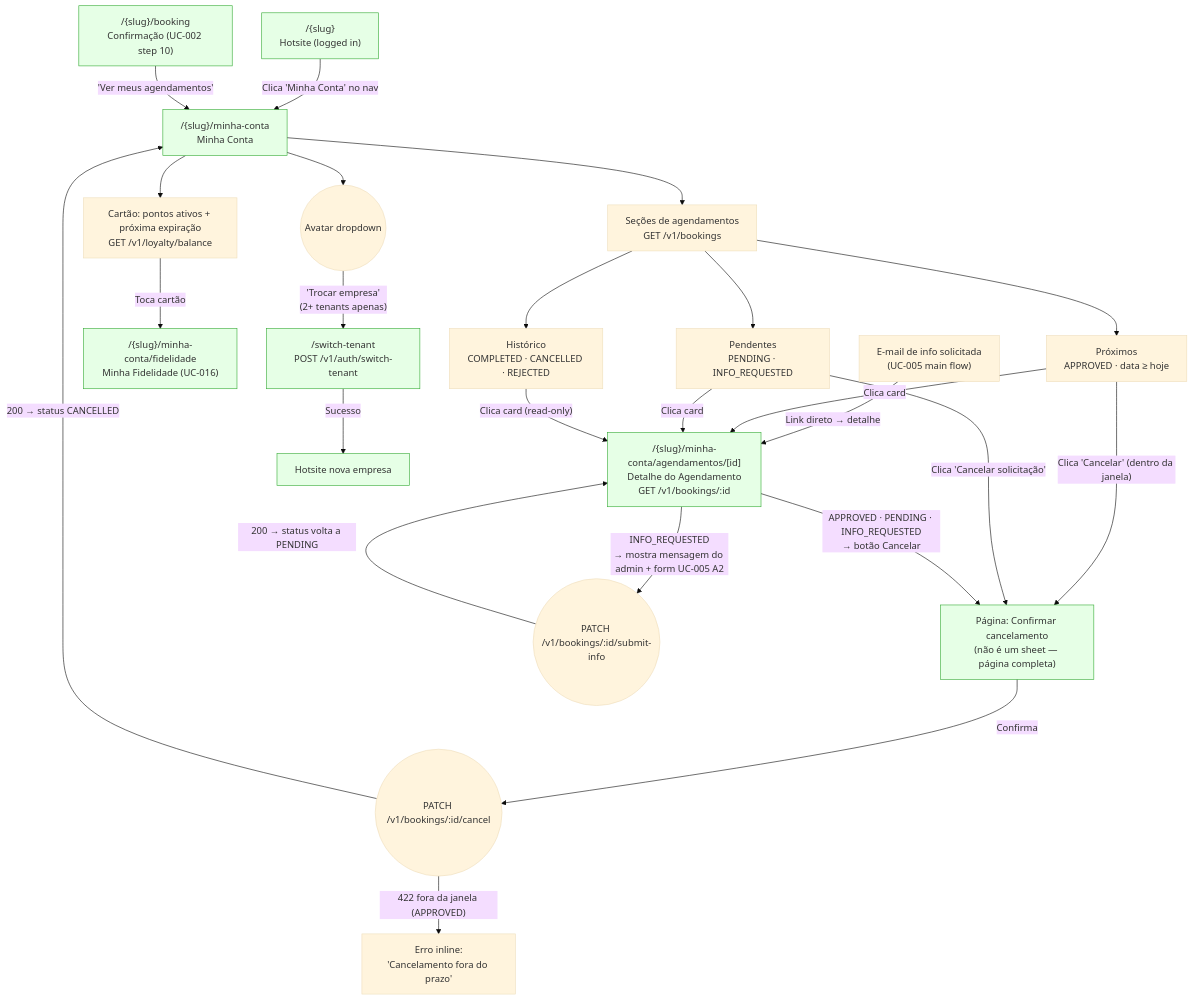
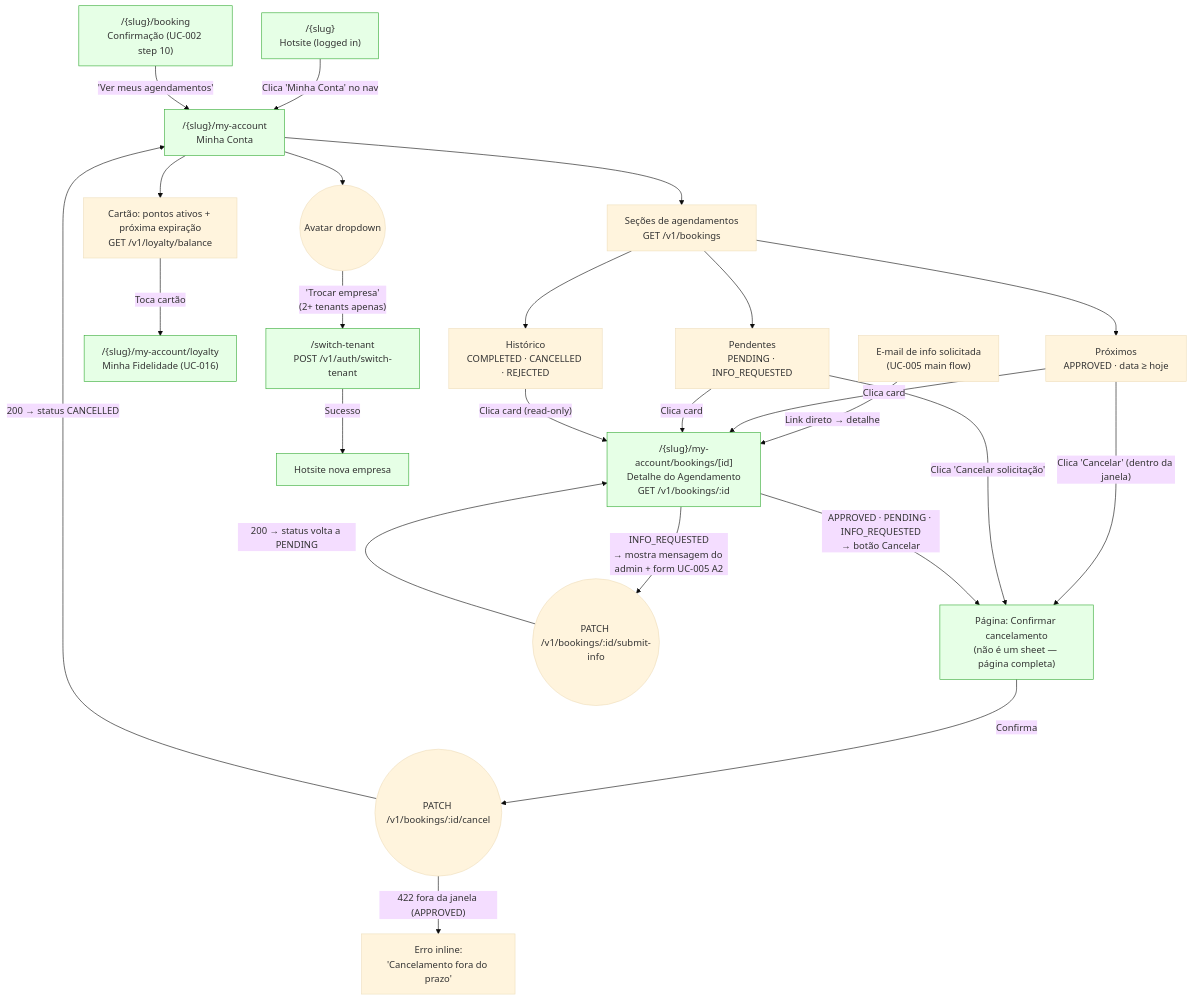
The diagram in plan/journey/customer/minha-conta.md (lmmoreira/ikaro), drawn with Mermaid (base theme) before and after one commit. The commit also changed other lines of this file and 28 other files, not shown here.

````diff
--- a/plan/journey/customer/minha-conta.md
+++ b/plan/journey/customer/minha-conta.md
@@ -10,38 +10,38 @@
 ```mermaid
 flowchart TD
     classDef existing fill:#e6ffe6,stroke:#3a3
     classDef gap stroke:#f00,stroke-dasharray: 5 5,fill:#fee
 
     Hotsite["/{slug}<br/>Hotsite (logged in)"] -->|"Clica 'Minha Conta' no nav"| MinhaConta
     BookingConfirm["/{slug}/booking<br/>Confirmação (UC-002 step 10)"] -->|"'Ver meus agendamentos'"| MinhaConta
     InfoEmail["E-mail de info solicitada<br/>(UC-005 main flow)"] -->|"Link direto → detalhe"| Detail
 
-    MinhaConta["/{slug}/minha-conta<br/>Minha Conta"] --> LoyaltySummary["Cartão: pontos ativos + próxima expiração<br/>GET /v1/loyalty/balance"]
-    LoyaltySummary -->|"Toca cartão"| LoyaltyFull["/{slug}/minha-conta/fidelidade<br/>Minha Fidelidade (UC-016)"]
+    MinhaConta["/{slug}/my-account<br/>Minha Conta"] --> LoyaltySummary["Cartão: pontos ativos + próxima expiração<br/>GET /v1/loyalty/balance"]
+    LoyaltySummary -->|"Toca cartão"| LoyaltyFull["/{slug}/my-account/loyalty<br/>Minha Fidelidade (UC-016)"]
     MinhaConta --> AvatarMenu(("Avatar dropdown"))
     AvatarMenu -->|"'Trocar empresa'<br/>(2+ tenants apenas)"| SwitchTenant["/switch-tenant<br/>POST /v1/auth/switch-tenant"]
     SwitchTenant -->|"Sucesso"| NewTenant["Hotsite nova empresa"]
     MinhaConta --> BookingList["Seções de agendamentos<br/>GET /v1/bookings"]
 
     BookingList --> Upcoming["Próximos<br/>APPROVED · data ≥ hoje"]
     BookingList --> Pending["Pendentes<br/>PENDING · INFO_REQUESTED"]
     BookingList --> Past["Histórico<br/>COMPLETED · CANCELLED · REJECTED"]
 
     Upcoming -->|"Clica card"| Detail
     Pending -->|"Clica card"| Detail
     Past -->|"Clica card (read-only)"| Detail
 
     Upcoming -->|"Clica 'Cancelar' (dentro da janela)"| CancelPage["Página: Confirmar cancelamento<br/>(não é um sheet — página completa)"]
     Pending -->|"Clica 'Cancelar solicitação'"| CancelPage
 
-    Detail["/{slug}/minha-conta/agendamentos/[id]<br/>Detalhe do Agendamento<br/>GET /v1/bookings/:id"] -->|"APPROVED · PENDING · INFO_REQUESTED<br/>→ botão Cancelar"| CancelPage
+    Detail["/{slug}/my-account/bookings/[id]<br/>Detalhe do Agendamento<br/>GET /v1/bookings/:id"] -->|"APPROVED · PENDING · INFO_REQUESTED<br/>→ botão Cancelar"| CancelPage
 
     Detail -->|"INFO_REQUESTED<br/>→ mostra mensagem do admin + form UC-005 A2"| InfoSubmit(("PATCH /v1/bookings/:id/submit-info"))
     InfoSubmit -->|"200 → status volta a PENDING"| Detail
 
     CancelPage -->|"Confirma"| CancelCall(("PATCH /v1/bookings/:id/cancel"))
     CancelCall -->|"200 → status CANCELLED"| MinhaConta
     CancelCall -->|"422 fora da janela (APPROVED)"| CancelError["Erro inline:<br/>'Cancelamento fora do prazo'"]
 
     class Hotsite,BookingConfirm,MinhaConta,Detail,CancelPage,LoyaltyFull,SwitchTenant,NewTenant existing
 ```
````
